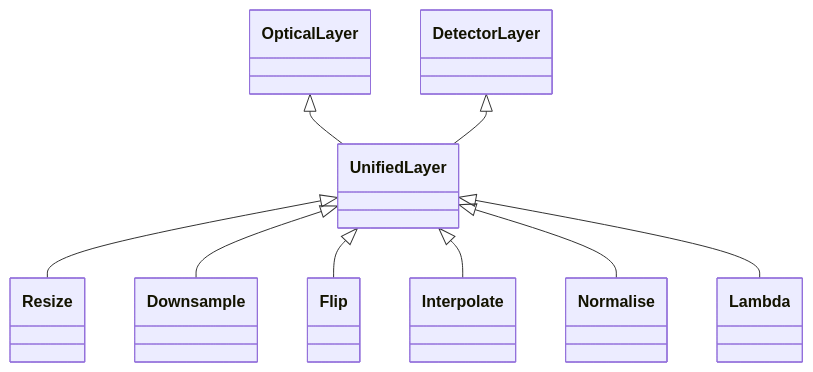
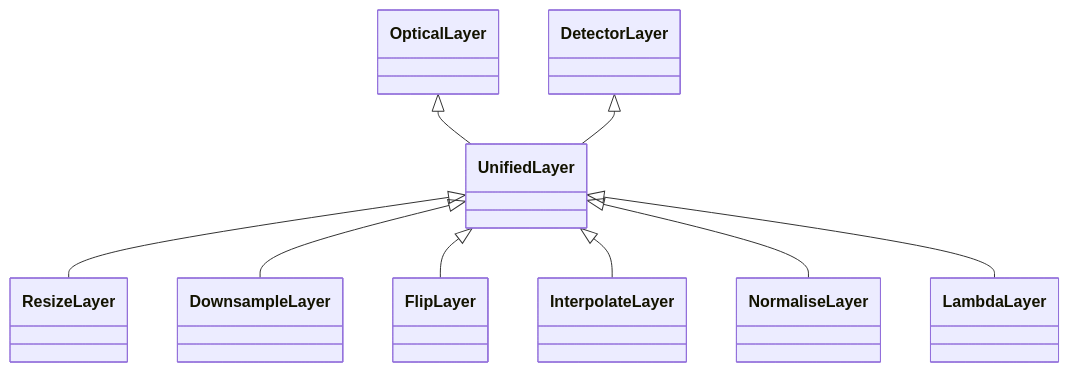
The fifth of 5 diagrams in docs/API/layers/overview.md (LouisDesdoigts/dLux), drawn with Mermaid before and after one commit. The commit also changed other lines of this file and 160 other files, not shown here.

````diff
--- a/docs/API/layers/overview.md
+++ b/docs/API/layers/overview.md
@@ -266,27 +106,28 @@
 ```mermaid
 classDiagram
+    direction TB
     class dLux_layers_unified_UnifiedLayer["UnifiedLayer"]
-    class dLux_layers_unified_Resize["Resize"]
-    class dLux_layers_unified_Downsample["Downsample"]
-    class dLux_layers_unified_Flip["Flip"]
-    class dLux_layers_unified_Interpolate["Interpolate"]
-    class dLux_layers_unified_Normalise["Normalise"]
-    class dLux_layers_unified_Lambda["Lambda"]
+    class dLux_layers_unified_ResizeLayer["ResizeLayer"]
+    class dLux_layers_unified_DownsampleLayer["DownsampleLayer"]
+    class dLux_layers_unified_FlipLayer["FlipLayer"]
+    class dLux_layers_unified_InterpolateLayer["InterpolateLayer"]
+    class dLux_layers_unified_NormaliseLayer["NormaliseLayer"]
+    class dLux_layers_unified_LambdaLayer["LambdaLayer"]
     class dLux_layers_detector_DetectorLayer["DetectorLayer"]
     class dLux_layers_optical_OpticalLayer["OpticalLayer"]
     dLux_layers_optical_OpticalLayer <|-- dLux_layers_unified_UnifiedLayer
     dLux_layers_detector_DetectorLayer <|-- dLux_layers_unified_UnifiedLayer
-    click dLux_layers_unified_UnifiedLayer href "../unified/#dLux.layers.unified.UnifiedLayer" "No direct public attributes or methods"
-    dLux_layers_unified_UnifiedLayer <|-- dLux_layers_unified_Resize
-    click dLux_layers_unified_Resize href "../unified/#dLux.layers.unified.Resize" "Attributes: npixels · Methods: apply_mono()"
-    dLux_layers_unified_UnifiedLayer <|-- dLux_layers_unified_Downsample
-    click dLux_layers_unified_Downsample href "../unified/#dLux.layers.unified.Downsample" "Attributes: n · Methods: apply_mono()"
-    dLux_layers_unified_UnifiedLayer <|-- dLux_layers_unified_Flip
-    click dLux_layers_unified_Flip href "../unified/#dLux.layers.unified.Flip" "Attributes: axes · Methods: apply_mono()"
-    dLux_layers_unified_UnifiedLayer <|-- dLux_layers_unified_Interpolate
-    click dLux_layers_unified_Interpolate href "../unified/#dLux.layers.unified.Interpolate" "Attributes: transformation, method, complex, fill · Methods: apply_mono()"
-    dLux_layers_unified_UnifiedLayer <|-- dLux_layers_unified_Normalise
-    click dLux_layers_unified_Normalise href "../unified/#dLux.layers.unified.Normalise" "Attributes: mode, value · Methods: apply_mono()"
-    dLux_layers_unified_UnifiedLayer <|-- dLux_layers_unified_Lambda
-    click dLux_layers_unified_Lambda href "../unified/#dLux.layers.unified.Lambda" "Methods: apply_mono()"
+    click dLux_layers_unified_UnifiedLayer href "../unified/#dLux.layers.unified.UnifiedLayer" "Methods: __init__()"
+    dLux_layers_unified_UnifiedLayer <|-- dLux_layers_unified_ResizeLayer
+    click dLux_layers_unified_ResizeLayer href "../unified/#dLux.layers.unified.ResizeLayer" "Attributes: npixels · Methods: __init__(), apply_mono()"
+    dLux_layers_unified_UnifiedLayer <|-- dLux_layers_unified_DownsampleLayer
+    click dLux_layers_unified_DownsampleLayer href "../unified/#dLux.layers.unified.DownsampleLayer" "Attributes: n · Methods: __init__(), apply_mono()"
+    dLux_layers_unified_UnifiedLayer <|-- dLux_layers_unified_FlipLayer
+    click dLux_layers_unified_FlipLayer href "../unified/#dLux.layers.unified.FlipLayer" "Attributes: axes · Methods: __init__(), apply_mono()"
+    dLux_layers_unified_UnifiedLayer <|-- dLux_layers_unified_InterpolateLayer
+    click dLux_layers_unified_InterpolateLayer href "../unified/#dLux.layers.unified.InterpolateLayer" "Attributes: transformation, method, complex, fill · Methods: __init__(), apply_mono()"
+    dLux_layers_unified_UnifiedLayer <|-- dLux_layers_unified_NormaliseLayer
+    click dLux_layers_unified_NormaliseLayer href "../unified/#dLux.layers.unified.NormaliseLayer" "Attributes: mode, value · Methods: __init__(), apply_mono()"
+    dLux_layers_unified_UnifiedLayer <|-- dLux_layers_unified_LambdaLayer
+    click dLux_layers_unified_LambdaLayer href "../unified/#dLux.layers.unified.LambdaLayer" "Methods: apply_mono(), __init__()"
 ```
````
